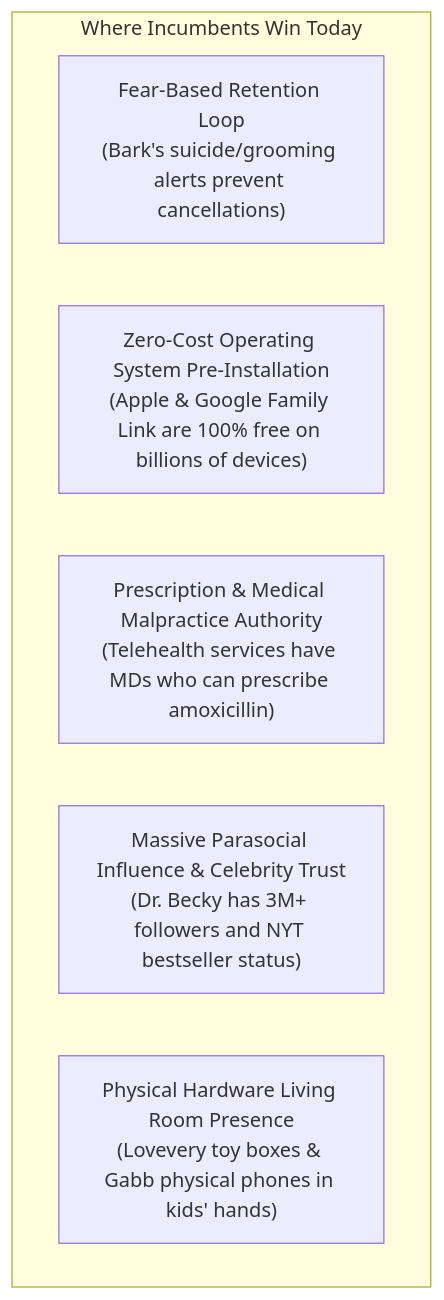
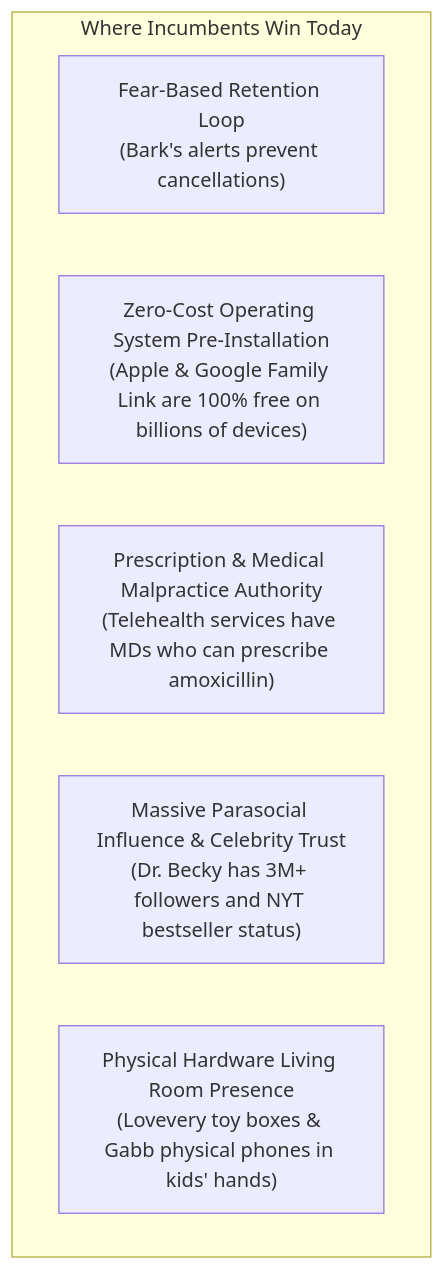
Before and after one commit to Souheil007/AlongSide: the first of 2 diagrams in docs/COMPETITIVE_ANALYSIS.md, drawn with Mermaid. The commit also changed other lines of this file and 9 other files, not shown here.

````diff
--- a/docs/COMPETITIVE_ANALYSIS.md
+++ b/docs/COMPETITIVE_ANALYSIS.md
@@ -283,10 +281,10 @@
 ```mermaid
 flowchart TD
     subgraph Competitor_Moats["Where Incumbents Win Today"]
-        M1["Fear-Based Retention Loop<br/>(Bark's suicide/grooming alerts prevent cancellations)"]
+        M1["Fear-Based Retention Loop<br/>(Bark's alerts prevent cancellations)"]
         M2["Zero-Cost Operating System Pre-Installation<br/>(Apple & Google Family Link are 100% free on billions of devices)"]
         M3["Prescription & Medical Malpractice Authority<br/>(Telehealth services have MDs who can prescribe amoxicillin)"]
         M4["Massive Parasocial Influence & Celebrity Trust<br/>(Dr. Becky has 3M+ followers and NYT bestseller status)"]
         M5["Physical Hardware Living Room Presence<br/>(Lovevery toy boxes & Gabb physical phones in kids' hands)"]
     end
 ```
````
